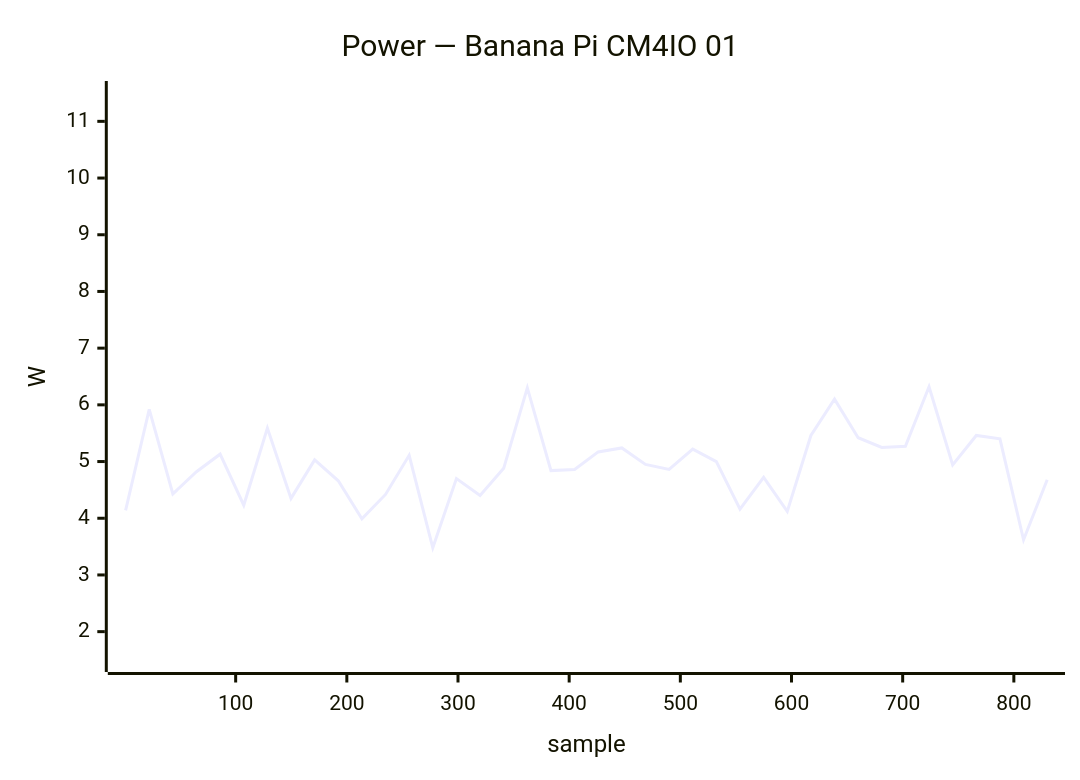
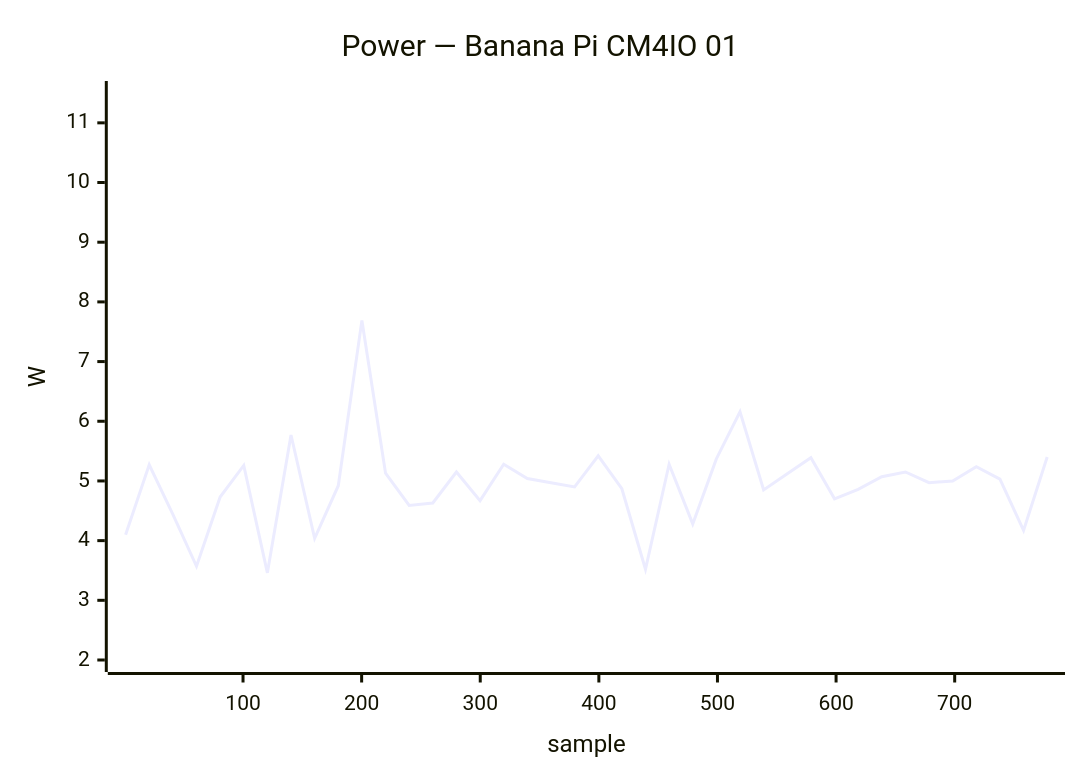
One commit to armbian/documentation changed the seventh of 40 diagrams in docs/status/board-tests.md. Above: the diagram before and after it, drawn with Mermaid. The commit also changed other lines of this file, not shown here.

````diff
--- a/docs/status/board-tests.md
+++ b/docs/status/board-tests.md
@@ -300,7 +300,7 @@
 ```mermaid
 xychart-beta
     title "Power — Banana Pi CM4IO 01"
-    x-axis "sample" 1 --> 830
-    y-axis "W" 1.5 --> 11.5
-    line [4.14, 5.92, 4.43, 4.82, 5.13, 4.23, 5.59, 4.35, 5.03, 4.66, 3.99, 4.42, 5.11, 3.48, 4.70, 4.40, 4.88, 6.30, 4.84, 4.86, 5.17, 5.24, 4.95, 4.86, 5.22, 5.00, 4.16, 4.72, 4.12, 5.46, 6.10, 5.42, 5.25, 5.27, 6.32, 4.94, 5.46, 5.40, 3.62, 4.68]
+    x-axis "sample" 1 --> 778
+    y-axis "W" 2.0 --> 11.5
+    line [4.10, 5.27, 4.44, 3.57, 4.73, 5.26, 3.46, 5.77, 4.04, 4.92, 7.69, 5.13, 4.59, 4.63, 5.15, 4.67, 5.28, 5.04, 4.97, 4.90, 5.42, 4.87, 3.52, 5.28, 4.28, 5.37, 6.16, 4.85, 5.12, 5.39, 4.70, 4.86, 5.07, 5.15, 4.97, 5.00, 5.24, 5.03, 4.17, 5.40]
 ```
````
